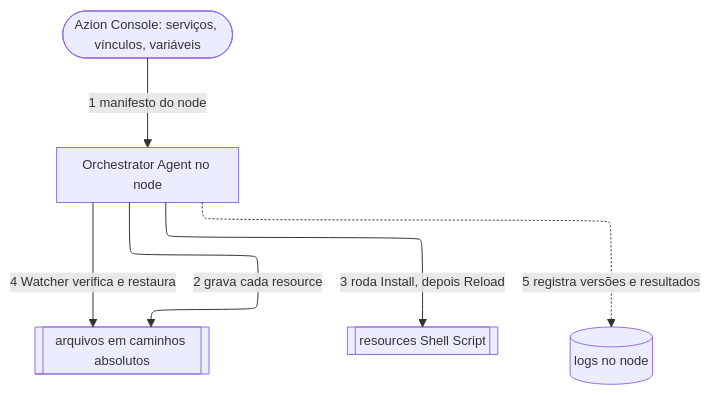
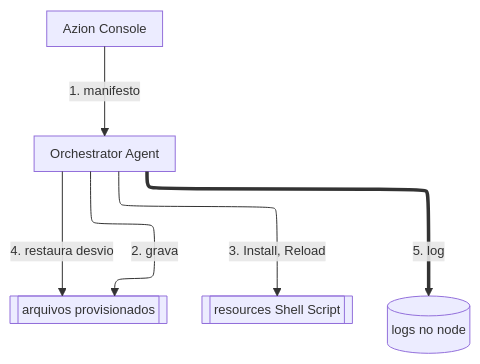
Before and after one commit to aziontech/docs: the diagram in apps/docs/src/content/docs/pt-br/pages/deploy-jornada/avancado/explorar-uso/explorar-uso.mdx, drawn with Mermaid. The commit also changed other lines of this file and 7 other files, not shown here.

First line of the commit message:
docs(orchestrator): fix sourcing, diagram, and click paths in the consolidated pages

````diff
--- a/apps/docs/src/content/docs/pt-br/pages/deploy-jornada/avancado/explorar-uso/explorar-uso.mdx
+++ b/apps/docs/src/content/docs/pt-br/pages/deploy-jornada/avancado/explorar-uso/explorar-uso.mdx
@@ -67,9 +68,14 @@
 ```mermaid
 %%{init: {"layout": "elk", "themeVariables": {"fontSize": "13px"}, "flowchart": {"nodeSpacing": 24, "rankSpacing": 36, "padding": 8, "wrappingWidth": 150, "useMaxWidth": true}, "sequence": {"width": 120, "actorMargin": 30, "useMaxWidth": true}}}%%
 flowchart TD
-  Console(["Azion Console: serviços, vínculos, variáveis"]) -->|"1 manifesto do node"| Agent["Orchestrator Agent no node"]
-  Agent -->|"2 grava cada resource"| Files[["arquivos em caminhos absolutos"]]
-  Agent -->|"3 roda Install, depois Reload"| Scripts[["resources Shell Script"]]
-  Agent -->|"4 Watcher verifica e restaura"| Files
-  Agent -.->|"5 registra versões e resultados"| Logs[("logs no node")]
+  Console["Azion Console"]
+  Agent["Orchestrator Agent"]
+  Files[["arquivos provisionados"]]
+  Scripts[["resources Shell Script"]]
+  Logs[("logs no node")]
+  Console -->|"1. manifesto"| Agent
+  Agent -->|"2. grava"| Files
+  Agent -->|"3. Install, Reload"| Scripts
+  Agent -->|"4. restaura desvio"| Files
+  Agent ==>|"5. log"| Logs
 ```
````
